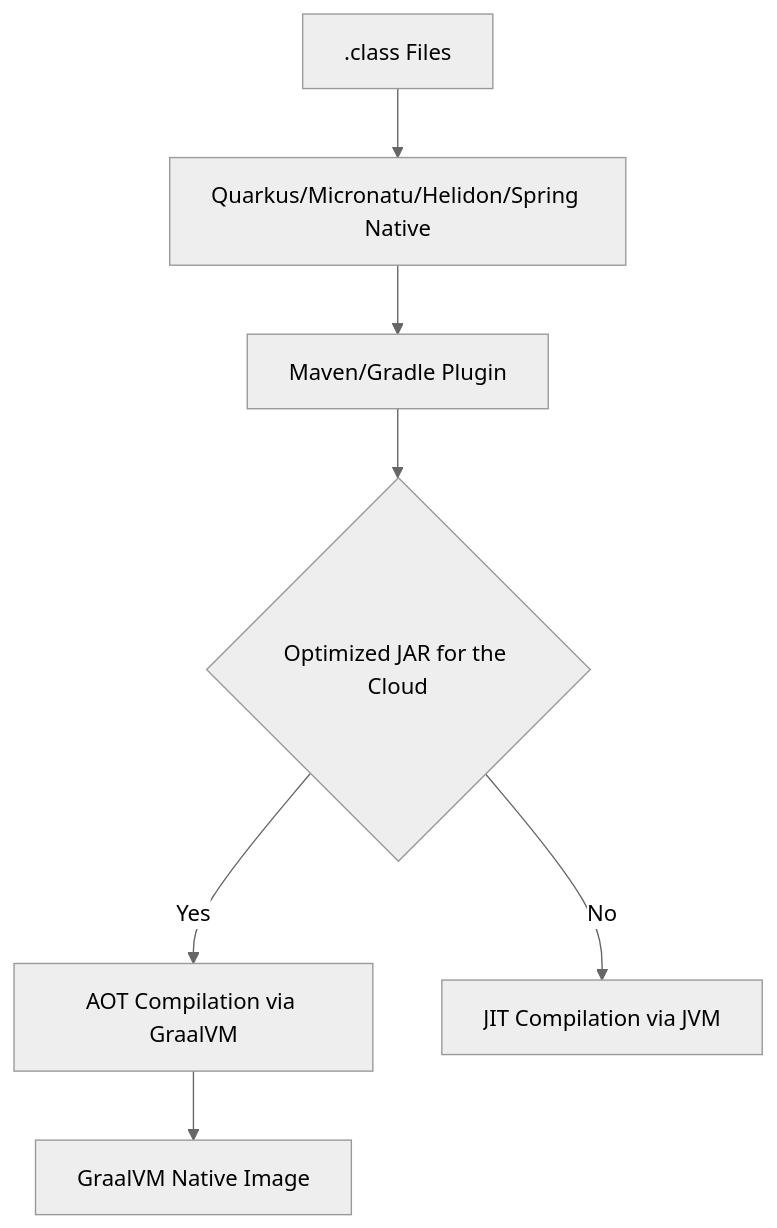
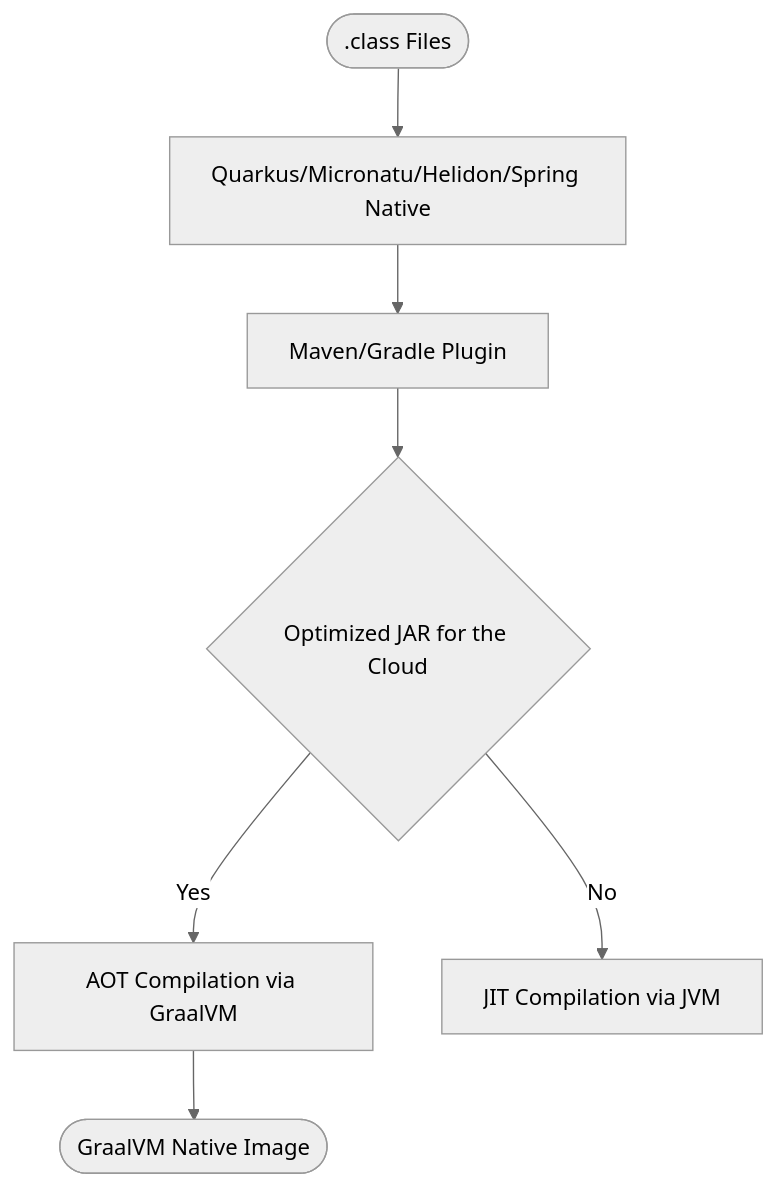
One commit to cesarsotovalero/cesarsotovalero.github.io changed the diagram in _posts/2022/2022-03-27-aot-vs-jit-compilation-in-java.md. Above: the diagram before and after it, drawn with Mermaid (neutral theme). The commit also changed 18 other files, not shown here.

```diff
--- a/_posts/2022/2022-03-27-aot-vs-jit-compilation-in-java.md
+++ b/_posts/2022/2022-03-27-aot-vs-jit-compilation-in-java.md
@@ -202,9 +202,9 @@
 {% mermaid %}
 flowchart TB;
-a[".class Files"] --> x[Quarkus/Micronatu/Helidon/Spring Native]
+a([".class Files"]) --> x[Quarkus/Micronatu/Helidon/Spring Native]
 x[Quarkus/Micronatu/Helidon/Spring Native] --> y[Maven/Gradle Plugin]
 y[Maven/Gradle Plugin] --> q{Optimized JAR for the Cloud}
 q -- Yes --> c[AOT Compilation via GraalVM]
 q -- No --> w[JIT Compilation via JVM]
-c[AOT Compilation via GraalVM] --> r[GraalVM Native Image]
+c[AOT Compilation via GraalVM] --> r([GraalVM Native Image])
 {% endmermaid %}
```
